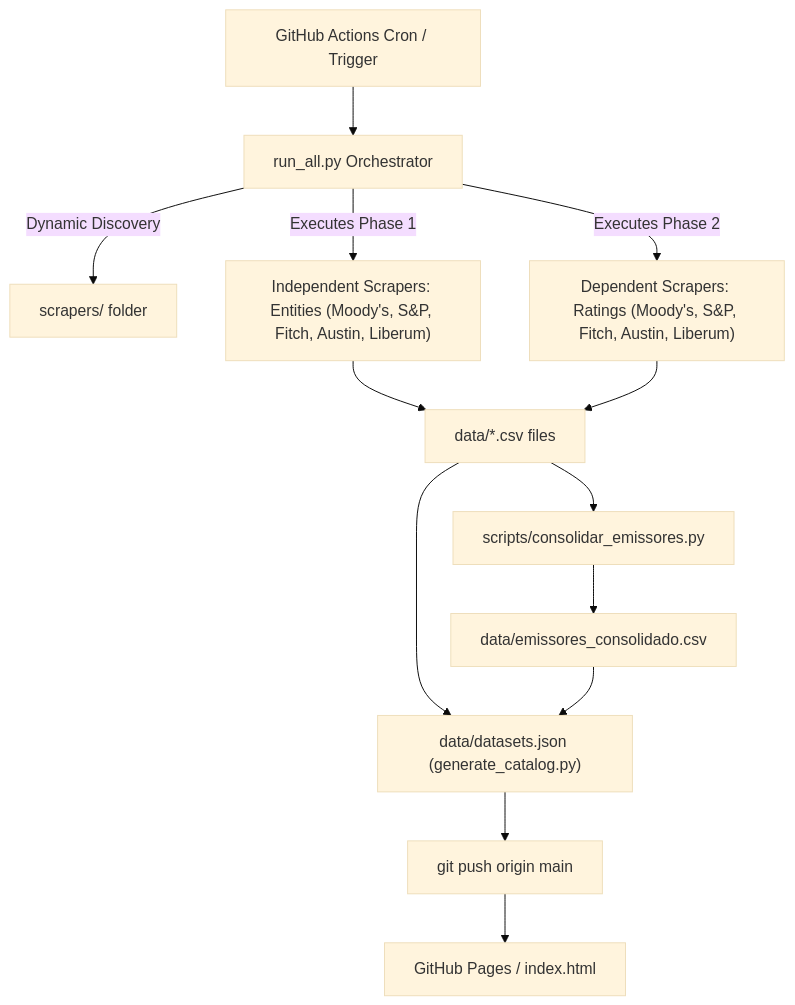
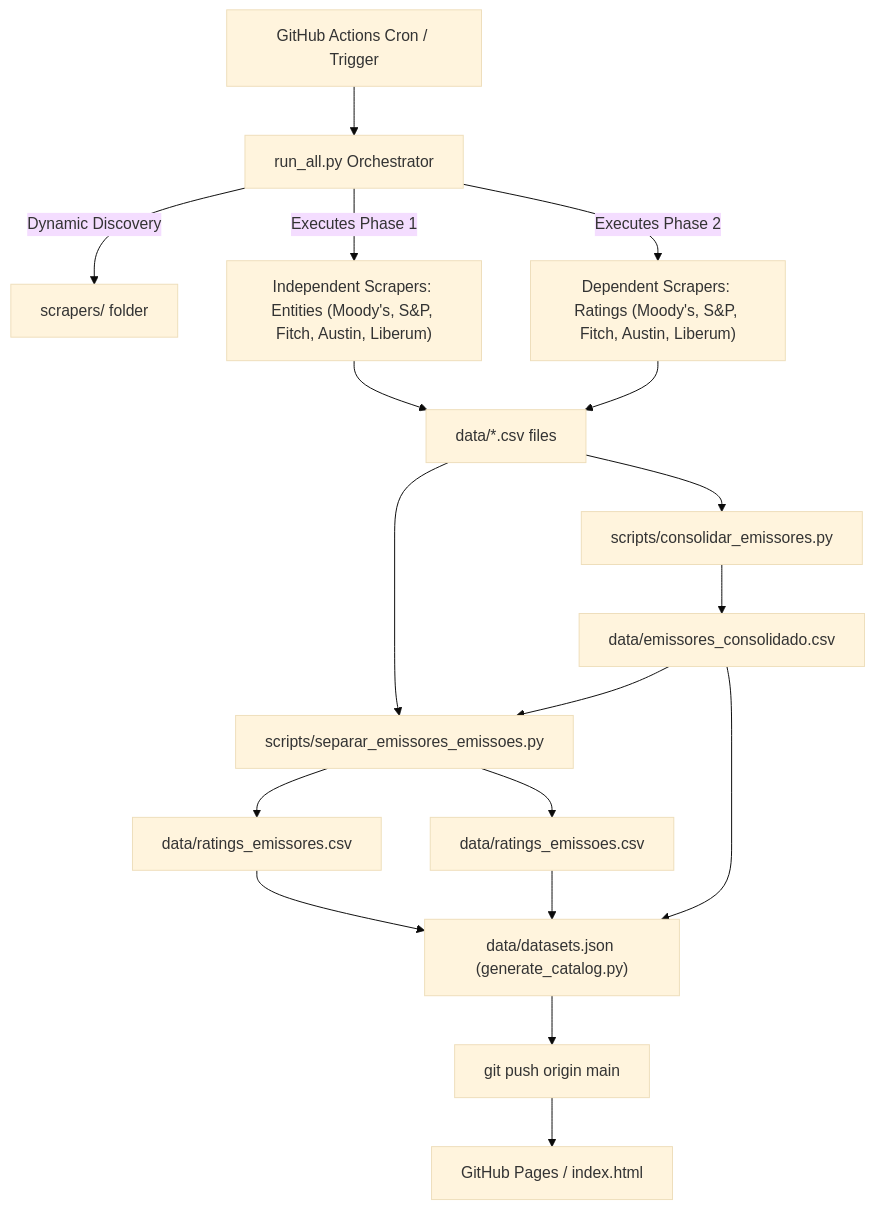
Before and after one commit to PulseDataLabs/PulseRatingsBrasil: the diagram in README.md, drawn with Mermaid (base theme). The commit also changed other lines of this file and 17 other files, not shown here.

````diff
--- a/README.md
+++ b/README.md
@@ -43,14 +43,17 @@
 ```mermaid
 graph TD
     A[GitHub Actions Cron / Trigger] --> B[run_all.py Orchestrator]
     B -->|Dynamic Discovery| C["scrapers/ folder"]
     B -->|Executes Phase 1| D["Independent Scrapers: Entities (Moody's, S&P, Fitch, Austin, Liberum)"]
     B -->|Executes Phase 2| E["Dependent Scrapers: Ratings (Moody's, S&P, Fitch, Austin, Liberum)"]
     D --> F["data/*.csv files"]
     E --> F
     F --> G["scripts/consolidar_emissores.py"]
     G --> H["data/emissores_consolidado.csv"]
-    F & H --> I["data/datasets.json (generate_catalog.py)"]
+    F & H --> S["scripts/separar_emissores_emissoes.py"]
+    S --> RE["data/ratings_emissores.csv"]
+    S --> RM["data/ratings_emissoes.csv"]
+    RE & RM & H --> I["data/datasets.json (generate_catalog.py)"]
     I --> J[git push origin main]
     J --> K[GitHub Pages / index.html]
 ```
````
